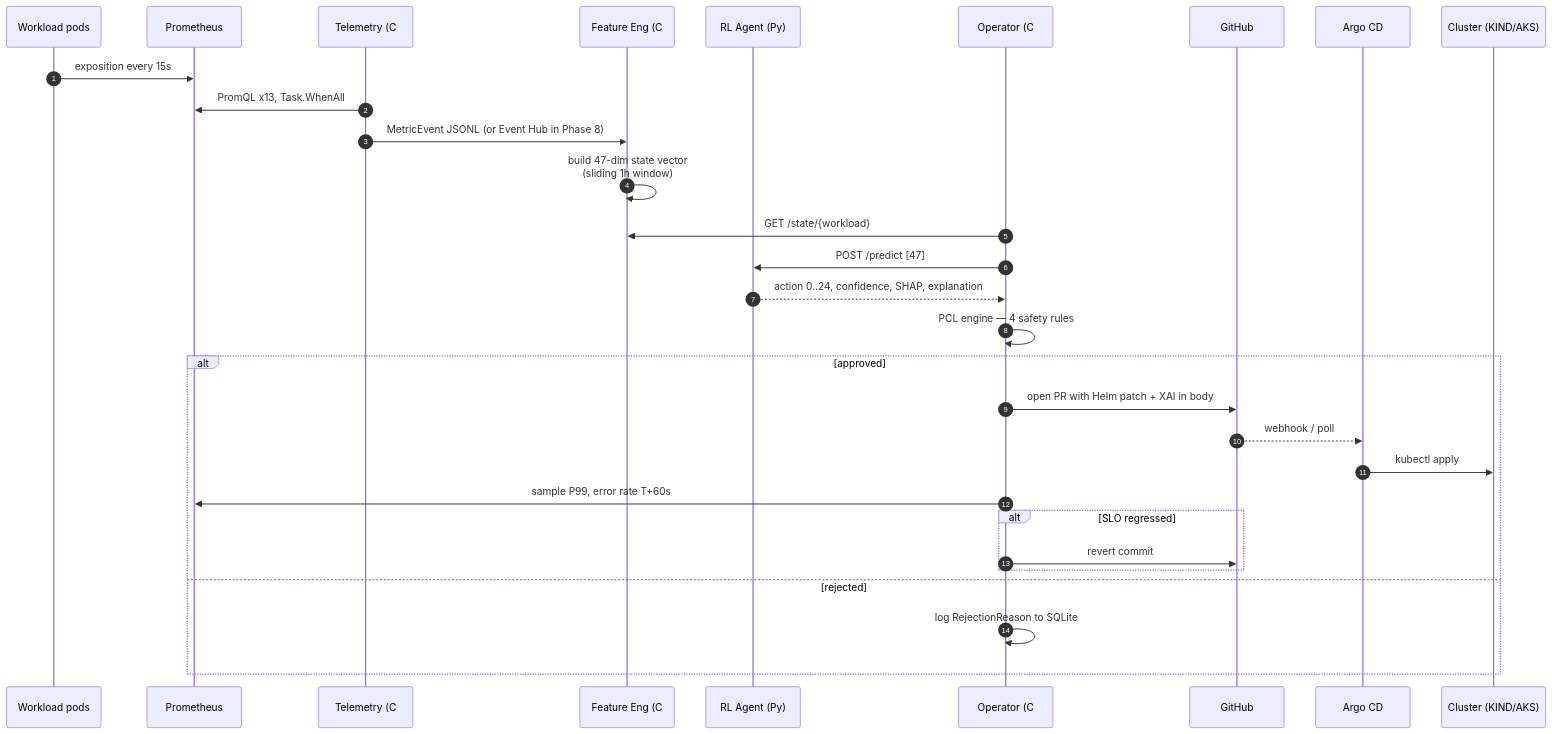
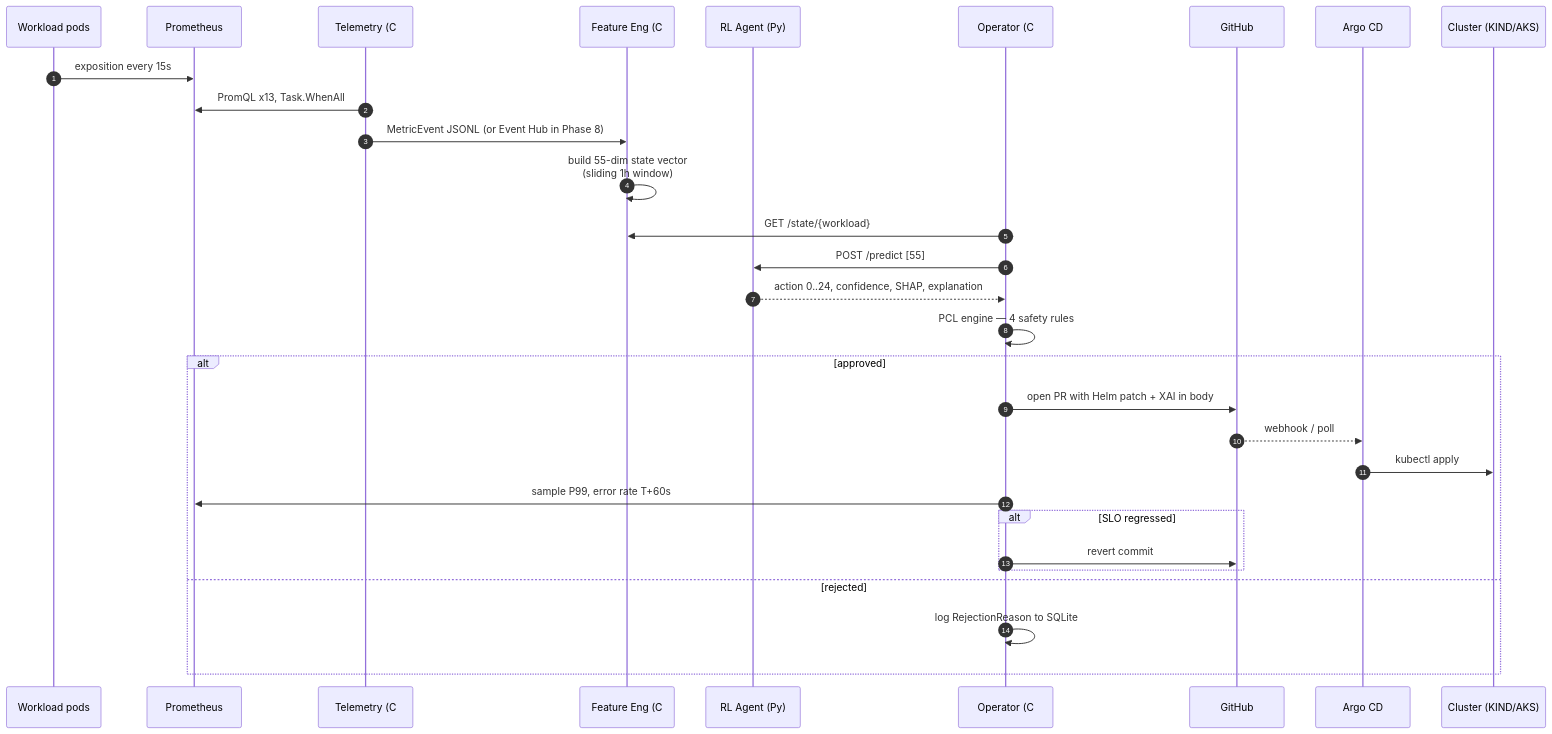
One commit to ravin00/AFIE changed the second of 2 diagrams in docs/architecture.md. Above: the diagram before and after it, drawn with Mermaid. The commit also changed other lines of this file and 14 other files, not shown here.

First line of the commit message:
feat(fe): emit 55-dim state vector with CloudPricingFeatures (dims 47-54)

````diff
--- a/docs/architecture.md
+++ b/docs/architecture.md
@@ -74,33 +74,33 @@
 ```mermaid
 sequenceDiagram
     autonumber
     participant W as Workload pods
     participant P as Prometheus
     participant T as Telemetry (C#)
     participant F as Feature Eng (C#)
     participant R as RL Agent (Py)
     participant O as Operator (C#)
     participant G as GitHub
     participant A as Argo CD
     participant S as Cluster (KIND/AKS)
 
     W->>P: exposition every 15s
     T->>P: PromQL x13, Task.WhenAll
     T->>F: MetricEvent JSONL (or Event Hub in Phase 8)
-    F->>F: build 47-dim state vector<br/>(sliding 1h window)
+    F->>F: build 55-dim state vector<br/>(sliding 1h window)
     O->>F: GET /state/{workload}
-    O->>R: POST /predict [47]
+    O->>R: POST /predict [55]
     R-->>O: action 0..24, confidence, SHAP, explanation
     O->>O: PCL engine — 4 safety rules
     alt approved
         O->>G: open PR with Helm patch + XAI in body
         G-->>A: webhook / poll
         A->>S: kubectl apply
         O->>P: sample P99, error rate T+60s
         alt SLO regressed
             O->>G: revert commit
         end
     else rejected
         O->>O: log RejectionReason to SQLite
     end
 ```
````
